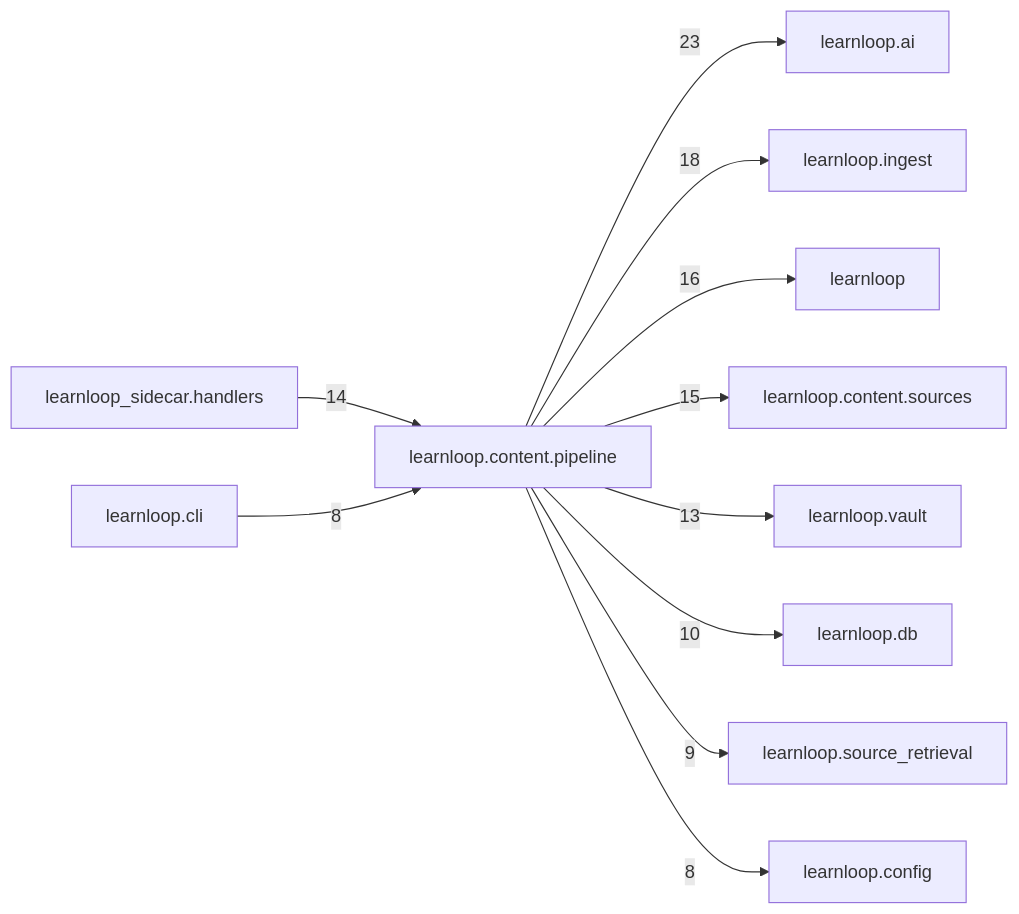
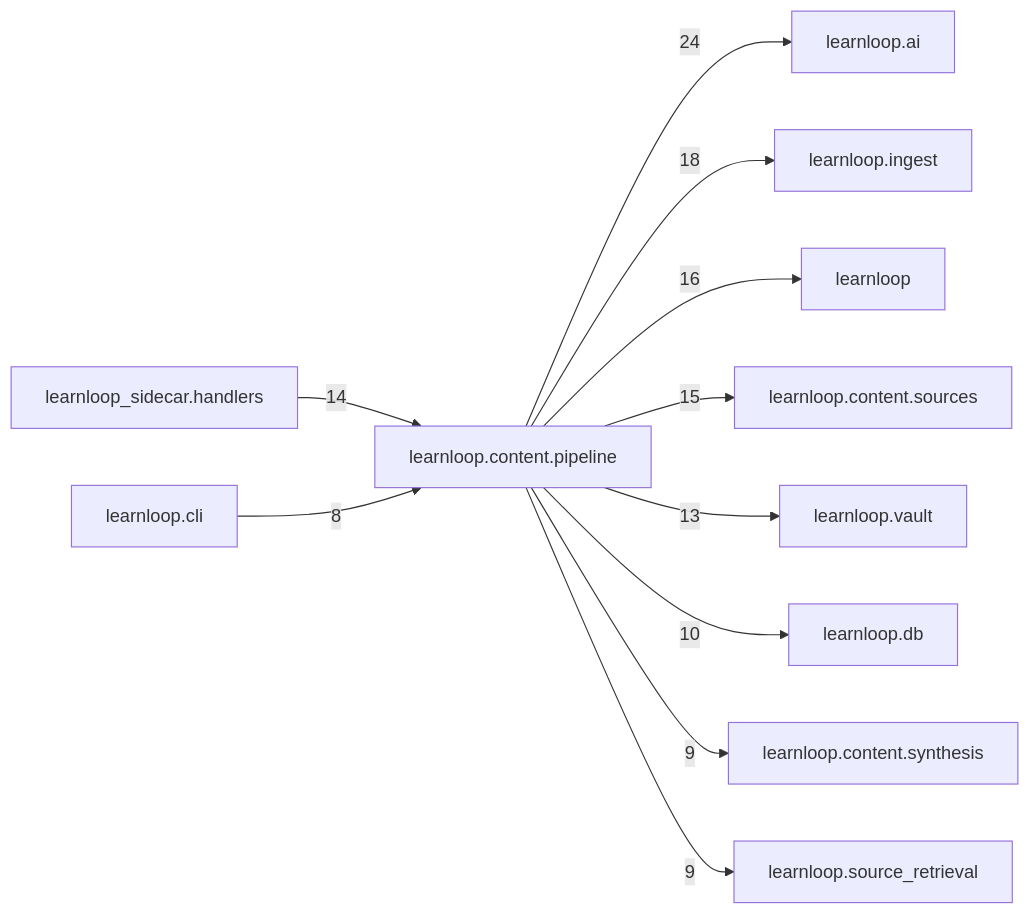
One commit to 6up-b/learnanything changed the diagram in docs/learnloop-architecture-vault/Reference/Modules/learnloop/content/pipeline/_package.md. Above: the diagram before and after it, drawn with Mermaid. The commit also changed other lines of this file and 97 other files, not shown here.

````diff
--- a/docs/learnloop-architecture-vault/Reference/Modules/learnloop/content/pipeline/_package.md
+++ b/docs/learnloop-architecture-vault/Reference/Modules/learnloop/content/pipeline/_package.md
@@ -110,24 +110,24 @@
 ```mermaid
 flowchart LR
     center["learnloop.content.pipeline"]
     n_learnloop_ai["learnloop.ai"]
     n_learnloop_ingest["learnloop.ingest"]
     n_learnloop["learnloop"]
     n_learnloop_content_sources["learnloop.content.sources"]
     n_learnloop_sidecar_handlers["learnloop_sidecar.handlers"]
     n_learnloop_vault["learnloop.vault"]
     n_learnloop_db["learnloop.db"]
+    n_learnloop_content_synthesis["learnloop.content.synthesis"]
     n_learnloop_source_retrieval["learnloop.source_retrieval"]
     n_learnloop_cli["learnloop.cli"]
-    n_learnloop_config["learnloop.config"]
-    center -->|23| n_learnloop_ai
+    center -->|24| n_learnloop_ai
     center -->|18| n_learnloop_ingest
     center -->|16| n_learnloop
     center -->|15| n_learnloop_content_sources
     n_learnloop_sidecar_handlers -->|14| center
     center -->|13| n_learnloop_vault
     center -->|10| n_learnloop_db
+    center -->|9| n_learnloop_content_synthesis
     center -->|9| n_learnloop_source_retrieval
     n_learnloop_cli -->|8| center
-    center -->|8| n_learnloop_config
 ```
````
